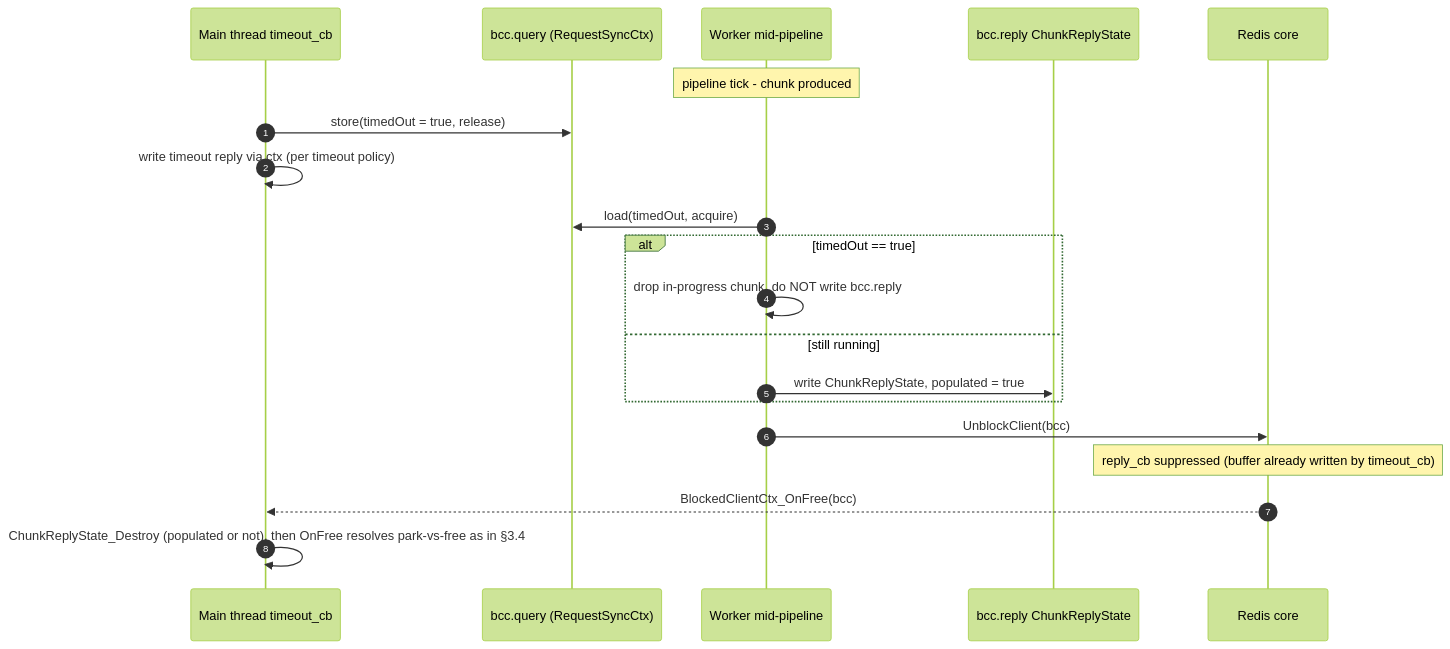
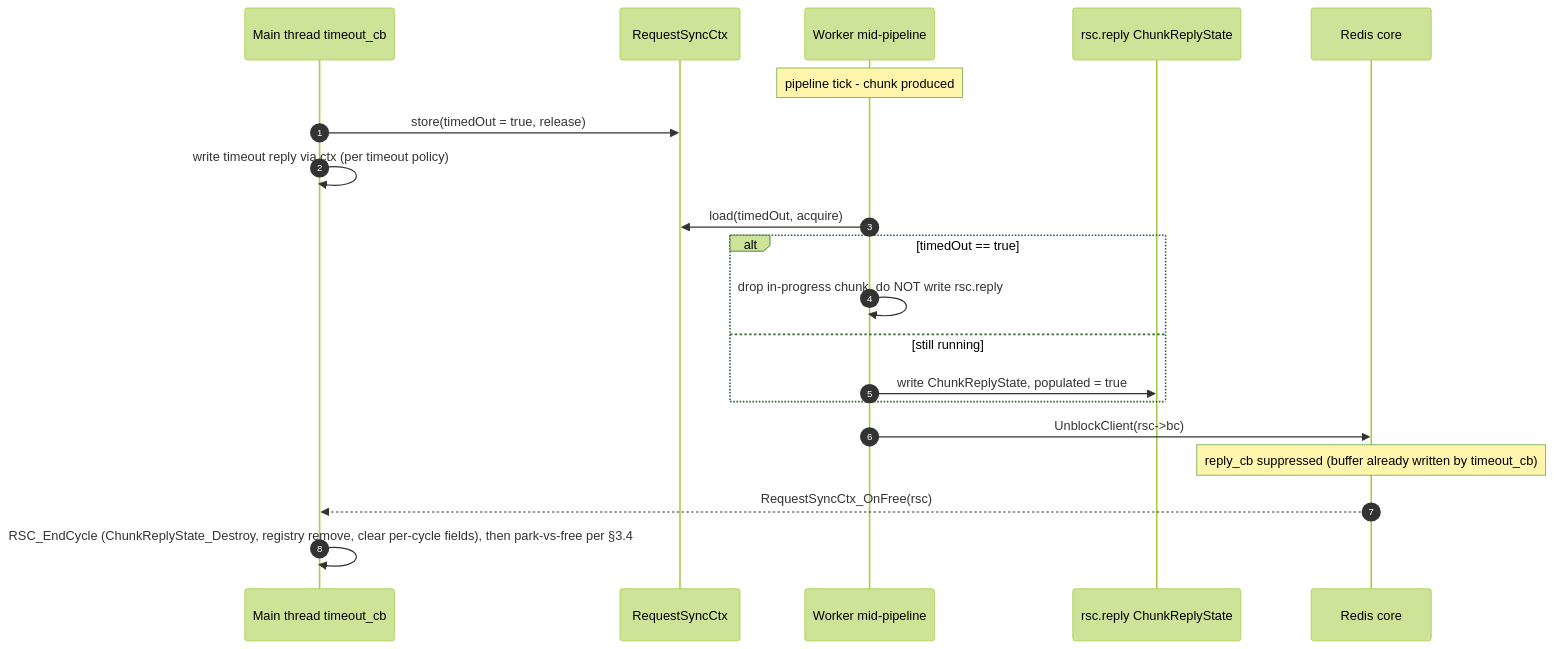
The fifth of 5 diagrams in docs/design/blocked_client_refactor.md (RediSearch/RediSearch), drawn with Mermaid (forest theme) before and after one commit. The commit also changed other lines of this file and 1 other file, not shown here.

First line of the commit message:
Refactor Blocked Client Struct Relationships Documentation

````diff
--- a/docs/design/blocked_client_refactor.md
+++ b/docs/design/blocked_client_refactor.md
@@ -812,23 +881,23 @@
 ```mermaid
 sequenceDiagram
   autonumber
   participant Main as Main thread timeout_cb
-  participant Sync as bcc.query (RequestSyncCtx)
+  participant RSC as RequestSyncCtx
   participant Worker as Worker mid-pipeline
-  participant Reply as bcc.reply ChunkReplyState
+  participant Reply as rsc.reply ChunkReplyState
   participant Redis as Redis core
 
   Note over Worker: pipeline tick - chunk produced
-  Main->>Sync: store(timedOut = true, release)
+  Main->>RSC: store(timedOut = true, release)
   Main->>Main: write timeout reply via ctx (per timeout policy)
-  Worker->>Sync: load(timedOut, acquire)
+  Worker->>RSC: load(timedOut, acquire)
   alt timedOut == true
-    Worker->>Worker: drop in-progress chunk, do NOT write bcc.reply
+    Worker->>Worker: drop in-progress chunk, do NOT write rsc.reply
   else still running
     Worker->>Reply: write ChunkReplyState, populated = true
   end
-  Worker->>Redis: UnblockClient(bcc)
+  Worker->>Redis: UnblockClient(rsc->bc)
   Note over Redis: reply_cb suppressed (buffer already written by timeout_cb)
-  Redis-->>Main: BlockedClientCtx_OnFree(bcc)
-  Main->>Main: ChunkReplyState_Destroy (populated or not), then OnFree resolves park-vs-free as in §3.4
+  Redis-->>Main: RequestSyncCtx_OnFree(rsc)
+  Main->>Main: RSC_EndCycle (ChunkReplyState_Destroy, registry remove, clear per-cycle fields), then park-vs-free per §3.4
 ```
````
